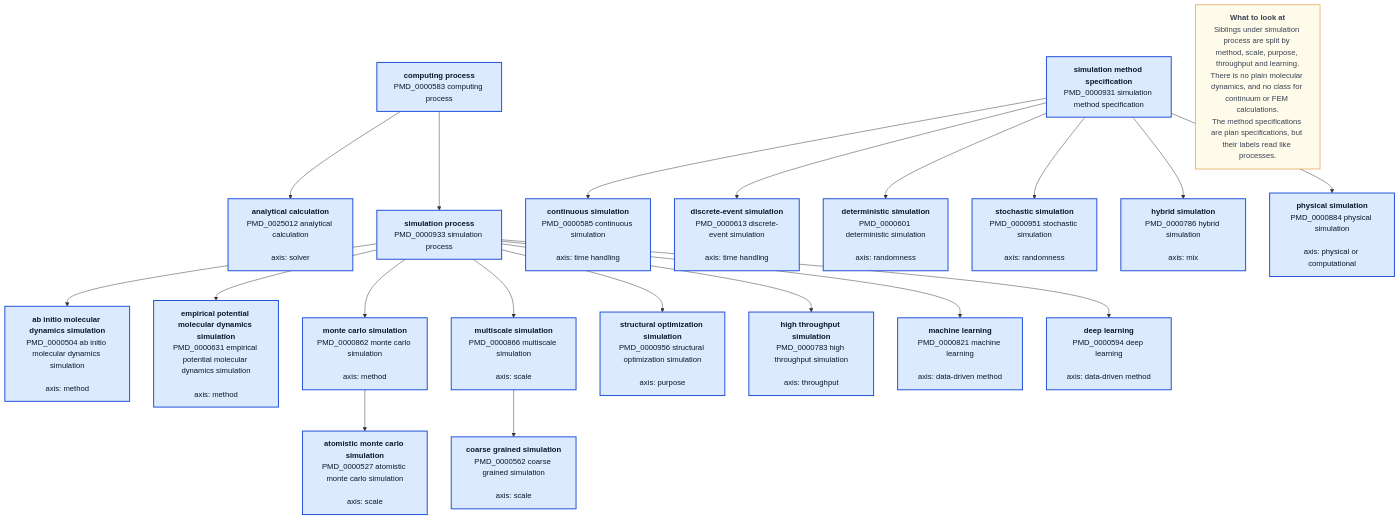
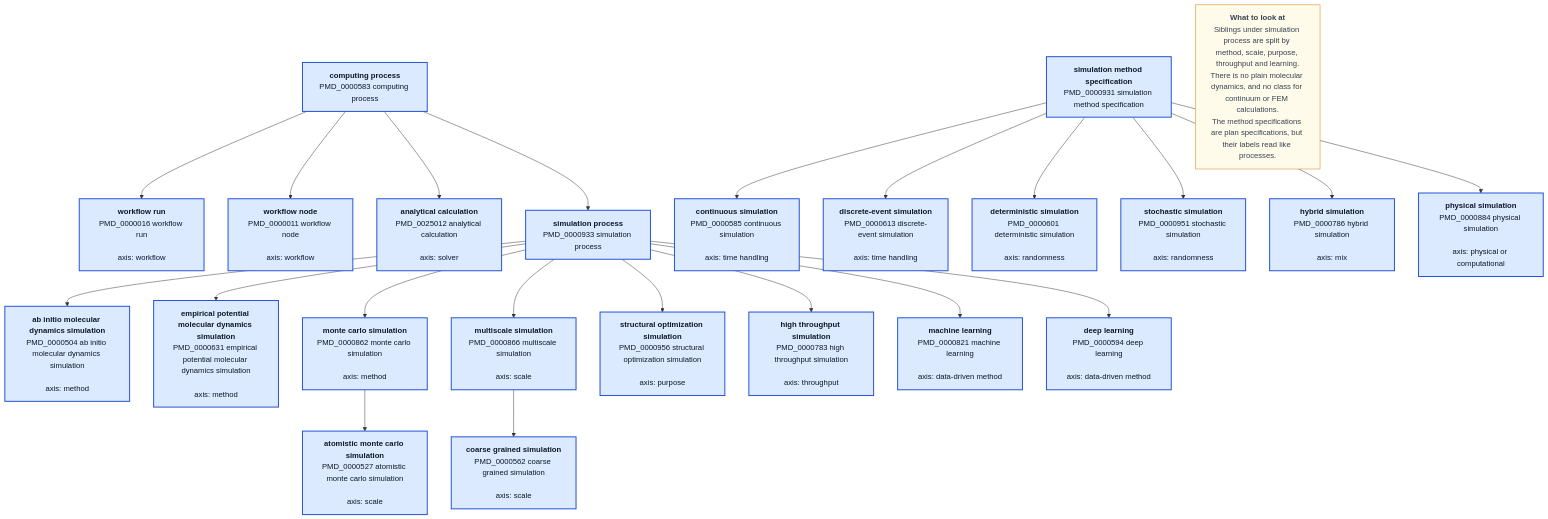
The diagram in web/options/a-pmdco-3-1-2/terms.mmd (BAMresearch/mermantics), drawn with Mermaid before and after one commit. The commit also changed 17 other files, not shown here.

```diff
--- a/web/options/a-pmdco-3-1-2/terms.mmd
+++ b/web/options/a-pmdco-3-1-2/terms.mmd
@@ -1,51 +1,55 @@
 flowchart TB
 
 %% Option A. PMDco 3.1.2 today: terms
-%% The computing terms as they are in PMDco 3.1.2. 'axis' says what each subclass is split by.
+%% The computing terms as they are in PMDco 3.1.2. 'axis' says what each subclass is split by. The 'axis' tags are an interpretation, not PMDco statements.
 
     Computing["<b>computing process</b><br>PMD_0000583 computing process"]:::local
+    WorkflowRun["<b>workflow run</b><br>PMD_0000016 workflow run<br><br>axis: workflow"]:::local
+    WorkflowNode["<b>workflow node</b><br>PMD_0000011 workflow node<br><br>axis: workflow"]:::local
     Analytical["<b>analytical calculation</b><br>PMD_0025012 analytical calculation<br><br>axis: solver"]:::local
     Simulation["<b>simulation process</b><br>PMD_0000933 simulation process"]:::local
     AIMD["<b>ab initio molecular dynamics simulation</b><br>PMD_0000504 ab initio molecular dynamics simulation<br><br>axis: method"]:::local
     EmpiricalMD["<b>empirical potential molecular dynamics simulation</b><br>PMD_0000631 empirical potential molecular dynamics simulation<br><br>axis: method"]:::local
     MonteCarlo["<b>monte carlo simulation</b><br>PMD_0000862 monte carlo simulation<br><br>axis: method"]:::local
     Multiscale["<b>multiscale simulation</b><br>PMD_0000866 multiscale simulation<br><br>axis: scale"]:::local
     StructuralOpt["<b>structural optimization simulation</b><br>PMD_0000956 structural optimization simulation<br><br>axis: purpose"]:::local
     HighThroughput["<b>high throughput simulation</b><br>PMD_0000783 high throughput simulation<br><br>axis: throughput"]:::local
     MachineLearning["<b>machine learning</b><br>PMD_0000821 machine learning<br><br>axis: data-driven method"]:::local
     DeepLearning["<b>deep learning</b><br>PMD_0000594 deep learning<br><br>axis: data-driven method"]:::local
     AtomisticMC["<b>atomistic monte carlo simulation</b><br>PMD_0000527 atomistic monte carlo simulation<br><br>axis: scale"]:::local
     CoarseGrained["<b>coarse grained simulation</b><br>PMD_0000562 coarse grained simulation<br><br>axis: scale"]:::local
     MethodSpec["<b>simulation method specification</b><br>PMD_0000931 simulation method specification"]:::local
     Continuous["<b>continuous simulation</b><br>PMD_0000585 continuous simulation<br><br>axis: time handling"]:::local
     DiscreteEvent["<b>discrete-event simulation</b><br>PMD_0000613 discrete-event simulation<br><br>axis: time handling"]:::local
     Deterministic["<b>deterministic simulation</b><br>PMD_0000601 deterministic simulation<br><br>axis: randomness"]:::local
     Stochastic["<b>stochastic simulation</b><br>PMD_0000951 stochastic simulation<br><br>axis: randomness"]:::local
     Hybrid["<b>hybrid simulation</b><br>PMD_0000786 hybrid simulation<br><br>axis: mix"]:::local
     Physical["<b>physical simulation</b><br>PMD_0000884 physical simulation<br><br>axis: physical or computational"]:::local
     Note["<b>What to look at</b><br>Siblings under simulation process are split by method, scale, purpose, throughput and learning.<br>There is no plain molecular dynamics, and no class for continuum or FEM calculations.<br>The method specifications are plan specifications, but their labels read like processes."]:::note
 
+    Computing --> WorkflowRun
+    Computing --> WorkflowNode
     Computing --> Analytical
     Computing --> Simulation
     Simulation --> AIMD
     Simulation --> EmpiricalMD
     Simulation --> MonteCarlo
     Simulation --> Multiscale
     Simulation --> StructuralOpt
     Simulation --> HighThroughput
     Simulation --> MachineLearning
     Simulation --> DeepLearning
     MonteCarlo --> AtomisticMC
     Multiscale --> CoarseGrained
     MethodSpec --> Continuous
     MethodSpec --> DiscreteEvent
     MethodSpec --> Deterministic
     MethodSpec --> Stochastic
     MethodSpec --> Hybrid
     MethodSpec --> Physical
 
     classDef local fill:#dbeafe,stroke:#1d4ed8,stroke-width:2px,color:#0f172a
     classDef note fill:#fffbeb,stroke:#d97706,color:#374151
 
-%% mermantics-layout {"Computing":[0,0],"Analytical":[26,83],"Simulation":[26,192],"AIMD":[52,275],"EmpiricalMD":[52,403],"MonteCarlo":[52,550],"AtomisticMC":[78,659],"Multiscale":[52,787],"CoarseGrained":[78,896],"StructuralOpt":[52,1024],"HighThroughput":[52,1152],"MachineLearning":[52,1280],"DeepLearning":[52,1389],"MethodSpec":[408,0],"Continuous":[434,102],"DiscreteEvent":[434,211],"Deterministic":[434,339],"Stochastic":[434,448],"Hybrid":[434,557],"Physical":[434,666],"Note":[768,0]}
-%% mermantics-kinds {"Computing":"process","Analytical":"process","Simulation":"process","AIMD":"process","EmpiricalMD":"process","MonteCarlo":"process","Multiscale":"process","StructuralOpt":"process","HighThroughput":"process","MachineLearning":"process","DeepLearning":"process","AtomisticMC":"process","CoarseGrained":"process","MethodSpec":"plan","Continuous":"plan","DiscreteEvent":"plan","Deterministic":"plan","Stochastic":"plan","Hybrid":"plan","Physical":"plan"}
+%% mermantics-layout {"WorkflowRun":[408,820],"WorkflowNode":[408,960],"Computing":[0,0],"Analytical":[26,83],"Simulation":[26,192],"AIMD":[52,275],"EmpiricalMD":[52,403],"MonteCarlo":[52,550],"AtomisticMC":[78,659],"Multiscale":[52,787],"CoarseGrained":[78,896],"StructuralOpt":[52,1024],"HighThroughput":[52,1152],"MachineLearning":[52,1280],"DeepLearning":[52,1389],"MethodSpec":[408,0],"Continuous":[434,102],"DiscreteEvent":[434,211],"Deterministic":[434,339],"Stochastic":[434,448],"Hybrid":[434,557],"Physical":[434,666],"Note":[768,0]}
+%% mermantics-kinds {"WorkflowRun":"process","WorkflowNode":"process","Computing":"process","Analytical":"process","Simulation":"process","AIMD":"process","EmpiricalMD":"process","MonteCarlo":"process","Multiscale":"process","StructuralOpt":"process","HighThroughput":"process","MachineLearning":"process","DeepLearning":"process","AtomisticMC":"process","CoarseGrained":"process","MethodSpec":"plan","Continuous":"plan","DiscreteEvent":"plan","Deterministic":"plan","Stochastic":"plan","Hybrid":"plan","Physical":"plan"}
```
